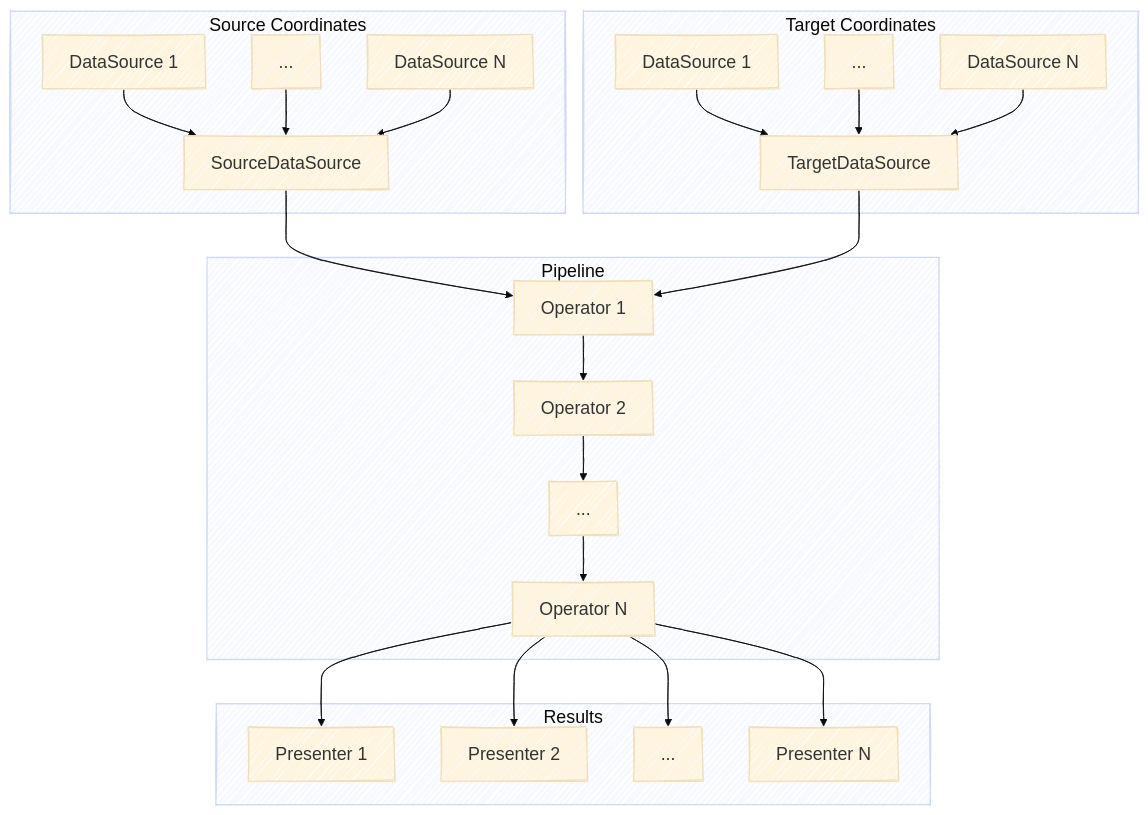
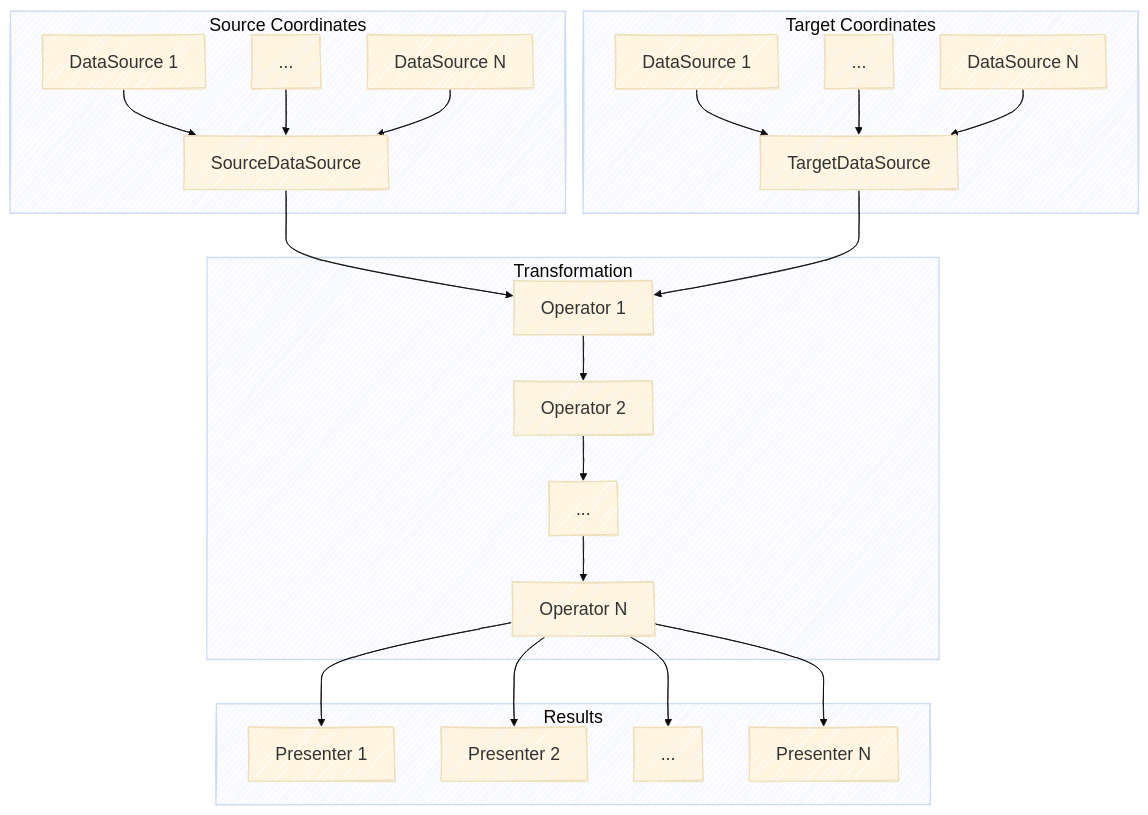
One commit to NordicGeodesy/Transformo changed the diagram in docs/about/architecture.md. Above: the diagram before and after it, drawn with Mermaid. The commit also changed other lines of this file and 3 other files, not shown here.

````diff
--- a/docs/about/architecture.md
+++ b/docs/about/architecture.md
@@ -12,38 +13,38 @@
 ```mermaid
 ---
 config:
     look: handDrawn
     theme: base
     themeVariables:
         fontFamily: monospace
         fontSize: 20px
 ---
 flowchart TD
 
     subgraph Source Coordinates
         S_1[DataSource 1] --> S_C
         S_3[...] --> S_C
         S_N[DataSource N] --> S_C
     end
         S_C[SourceDataSource] --> O_1
 
     subgraph Target Coordinates
         T_1[DataSource 1] --> T_C
         T_3[...] --> T_C
         T_N[DataSource N] --> T_C
     end
         T_C[TargetDataSource] --> O_1
 
-    subgraph Pipeline
+    subgraph Transformation
         O_1[Operator 1] --> O_2[Operator 2]
         O_2 --> O_3[...]
         O_3 --> O_N[Operator N]
     end
 
     subgraph Results
         O_N --> P_1[Presenter 1]
         O_N --> P_2[Presenter 2]
         O_N --> P_3[...]
         O_N --> P_N[Presenter N]
     end
 ```
````
